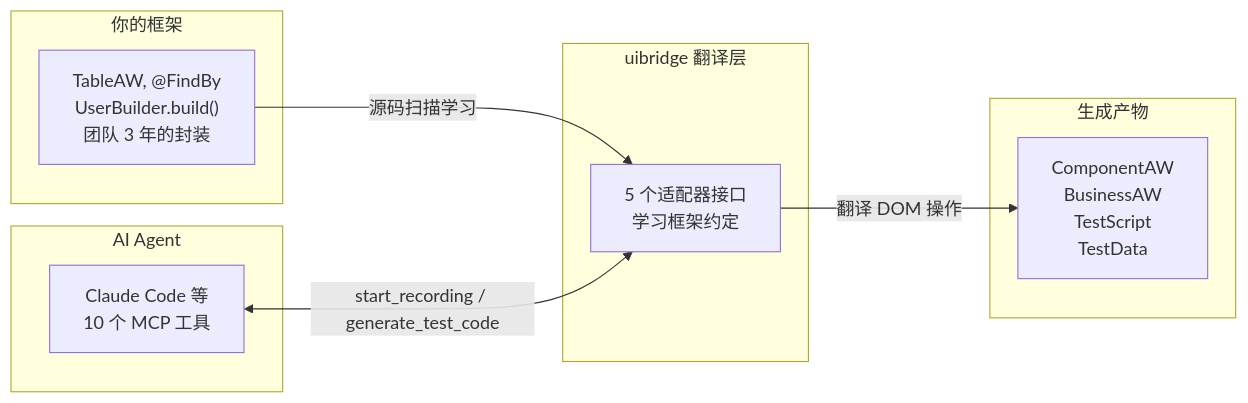
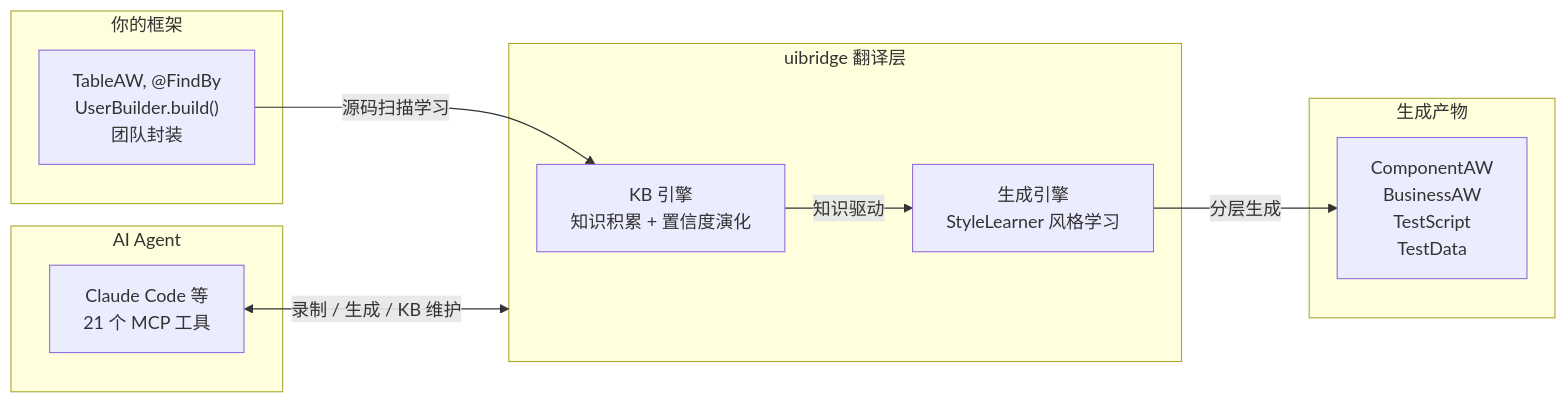
One commit to timgunnar/UIBridge changed the first of 4 diagrams in README.md. Above: the diagram before and after it, drawn with Mermaid. The commit also changed other lines of this file and 122 other files, not shown here.

````diff
--- a/README.md
+++ b/README.md
@@ -7,18 +7,20 @@
 ```mermaid
 graph LR
     subgraph A["你的框架"]
-        FW["TableAW, @FindBy<br/>UserBuilder.build()<br/>团队 3 年的封装"]
+        FW["TableAW, @FindBy<br/>UserBuilder.build()<br/>团队封装"]
     end
     subgraph B["uibridge 翻译层"]
-        AD["5 个适配器接口<br/>学习框架约定"]
+        KB["KB 引擎<br/>知识积累 + 置信度演化"]
+        GEN["生成引擎<br/>StyleLearner 风格学习"]
     end
     subgraph C["AI Agent"]
-        AI["Claude Code 等<br/>10 个 MCP 工具"]
+        AI["Claude Code 等<br/>21 个 MCP 工具"]
     end
     subgraph D["生成产物"]
         OUT["ComponentAW<br/>BusinessAW<br/>TestScript<br/>TestData"]
     end
-    FW -->|"源码扫描学习"| AD
-    AD -->|"翻译 DOM 操作"| OUT
-    AI <-->|"start_recording / generate_test_code"| AD
+    FW -->|"源码扫描学习"| KB
+    KB -->|"知识驱动"| GEN
+    GEN -->|"分层生成"| OUT
+    AI <-->|"录制 / 生成 / KB 维护"| B
 ```
````
